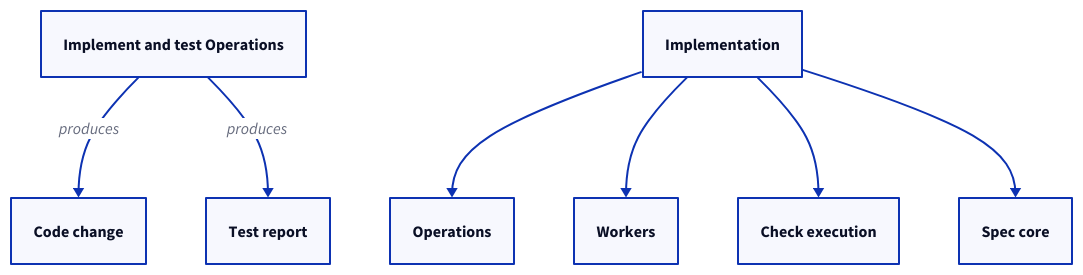
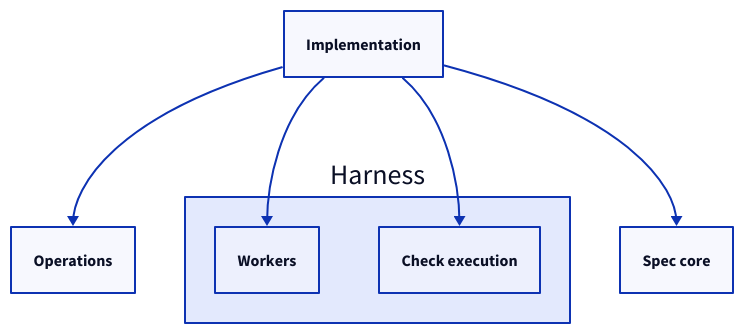
One commit to FTOD/concorde changed the third of 3 diagrams in specs/concorde/operations/implementation/module.md. Above: the diagram before and after it, drawn with D2. The commit also changed other lines of this file and 21 other files, not shown here.

First line of the commit message:
Rewrite every Module entry with diagrams and an implementation overview

````diff
--- a/specs/concorde/operations/implementation/module.md
+++ b/specs/concorde/operations/implementation/module.md
@@ -177,16 +172,13 @@
 ```d2
-ops: Implement and test Operations
-change: Code change
-report: Test report
 implementation: Implementation
 operations: Operations
-workers: Workers
-checks: Check execution
+harness: Harness {
+  workers: Workers
+  checks: Check execution
+}
 spec: Spec core
-ops -> change: produces
-ops -> report: produces
 implementation -> operations
-implementation -> workers
-implementation -> checks
+implementation -> harness.workers
+implementation -> harness.checks
 implementation -> spec
 ```
````
